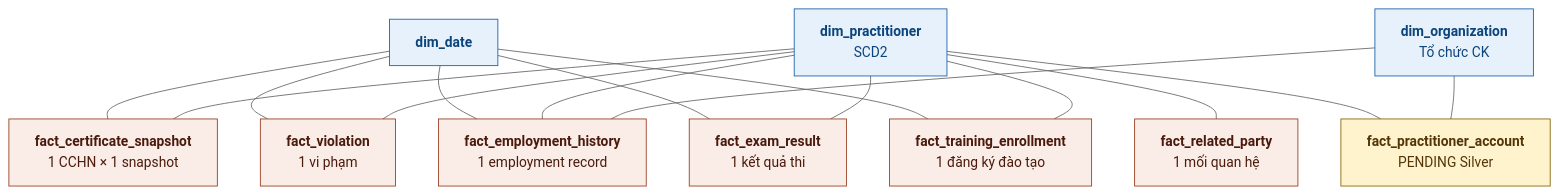
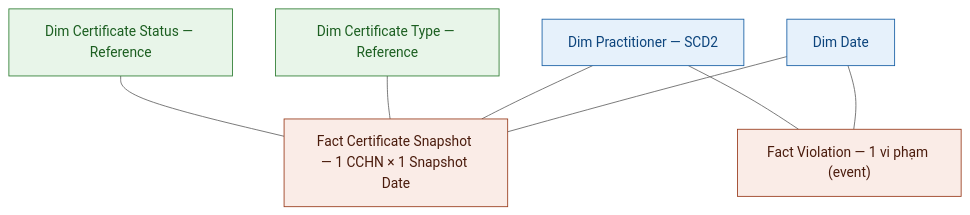
The ninth of 9 diagrams in Gold/hld/Mart_NHNCK_relationship_diagram.md (linhlvit/ubck_atomic_design), drawn with Mermaid (neutral theme) before and after one commit. The commit also changed other lines of this file, not shown here.

````diff
--- a/Gold/hld/Mart_NHNCK_relationship_diagram.md
+++ b/Gold/hld/Mart_NHNCK_relationship_diagram.md
@@ -233,35 +230,21 @@
 ```mermaid
 graph TB
     classDef dim fill:#E6F1FB,stroke:#185FA5,color:#0C447C
+    classDef ref fill:#E8F5E9,stroke:#2E7D32,color:#1B5E20
     classDef fact fill:#FAECE7,stroke:#993C1D,color:#4A1B0C
-    classDef pending fill:#FFF3CD,stroke:#856404,color:#533508
 
-    DIM_DATE["<b>dim_date</b>"]:::dim
-    DIM_PRAC["<b>dim_practitioner</b><br/>SCD2"]:::dim
-    DIM_ORG["<b>dim_organization</b><br/>Tổ chức CK"]:::dim
+    DIM_DATE["Dim Date"]:::dim
+    DIM_PRAC["Dim Practitioner — SCD2"]:::dim
+    DIM_CERT_TYPE["Dim Certificate Type — Reference"]:::ref
+    DIM_CERT_STATUS["Dim Certificate Status — Reference"]:::ref
 
-    FACT_CERT["<b>fact_certificate_snapshot</b><br/>1 CCHN × 1 snapshot"]:::fact
-    FACT_VIO["<b>fact_violation</b><br/>1 vi phạm"]:::fact
-    FACT_EMP["<b>fact_employment_history</b><br/>1 employment record"]:::fact
-    FACT_EXAM["<b>fact_exam_result</b><br/>1 kết quả thi"]:::fact
-    FACT_TRAIN["<b>fact_training_enrollment</b><br/>1 đăng ký đào tạo"]:::fact
-    FACT_REL["<b>fact_related_party</b><br/>1 mối quan hệ"]:::fact
-    FACT_ACCT["<b>fact_practitioner_account</b><br/>PENDING Silver"]:::pending
+    FACT_CERT["Fact Certificate Snapshot — 1 CCHN × 1 Snapshot Date"]:::fact
+    FACT_VIO["Fact Violation — 1 vi phạm (event)"]:::fact
 
     DIM_DATE --- FACT_CERT
     DIM_DATE --- FACT_VIO
-    DIM_DATE --- FACT_EMP
-    DIM_DATE --- FACT_EXAM
-    DIM_DATE --- FACT_TRAIN
-
     DIM_PRAC --- FACT_CERT
     DIM_PRAC --- FACT_VIO
-    DIM_PRAC --- FACT_EMP
-    DIM_PRAC --- FACT_EXAM
-    DIM_PRAC --- FACT_TRAIN
-    DIM_PRAC --- FACT_REL
-    DIM_PRAC --- FACT_ACCT
-
-    DIM_ORG --- FACT_EMP
-    DIM_ORG --- FACT_ACCT
+    DIM_CERT_TYPE --- FACT_CERT
+    DIM_CERT_STATUS --- FACT_CERT
 ```
````
